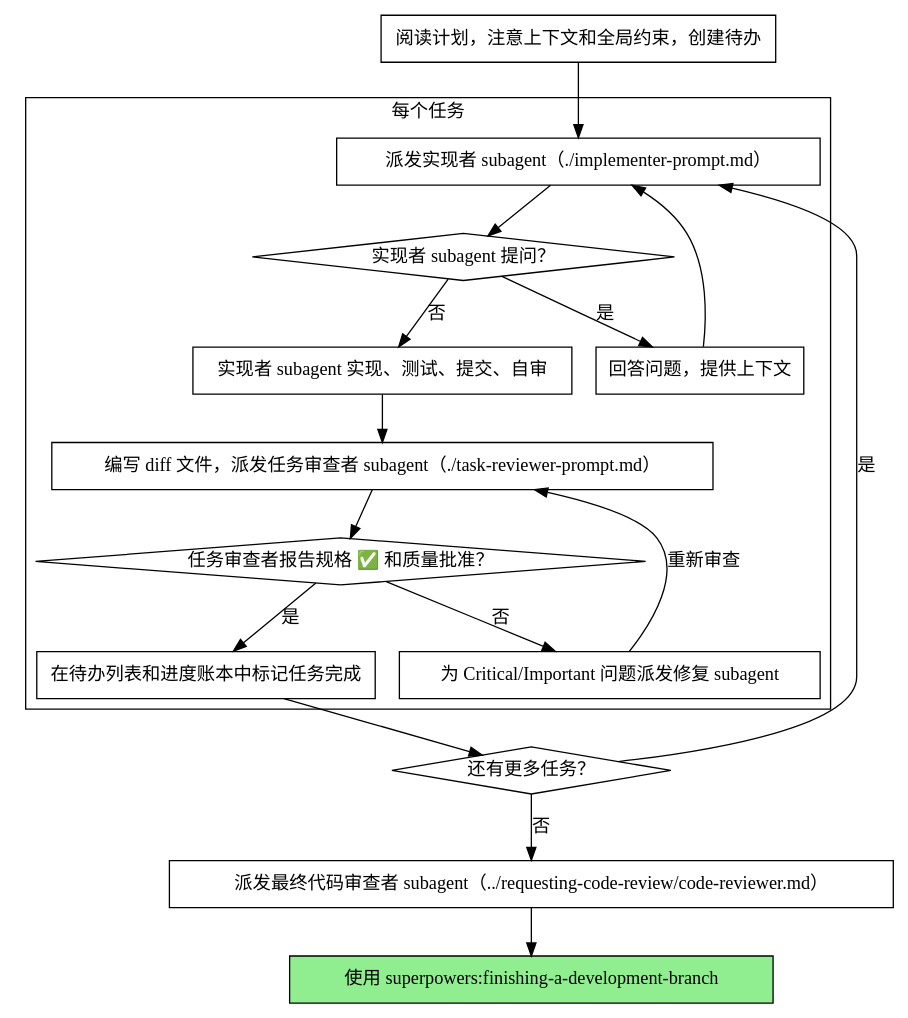
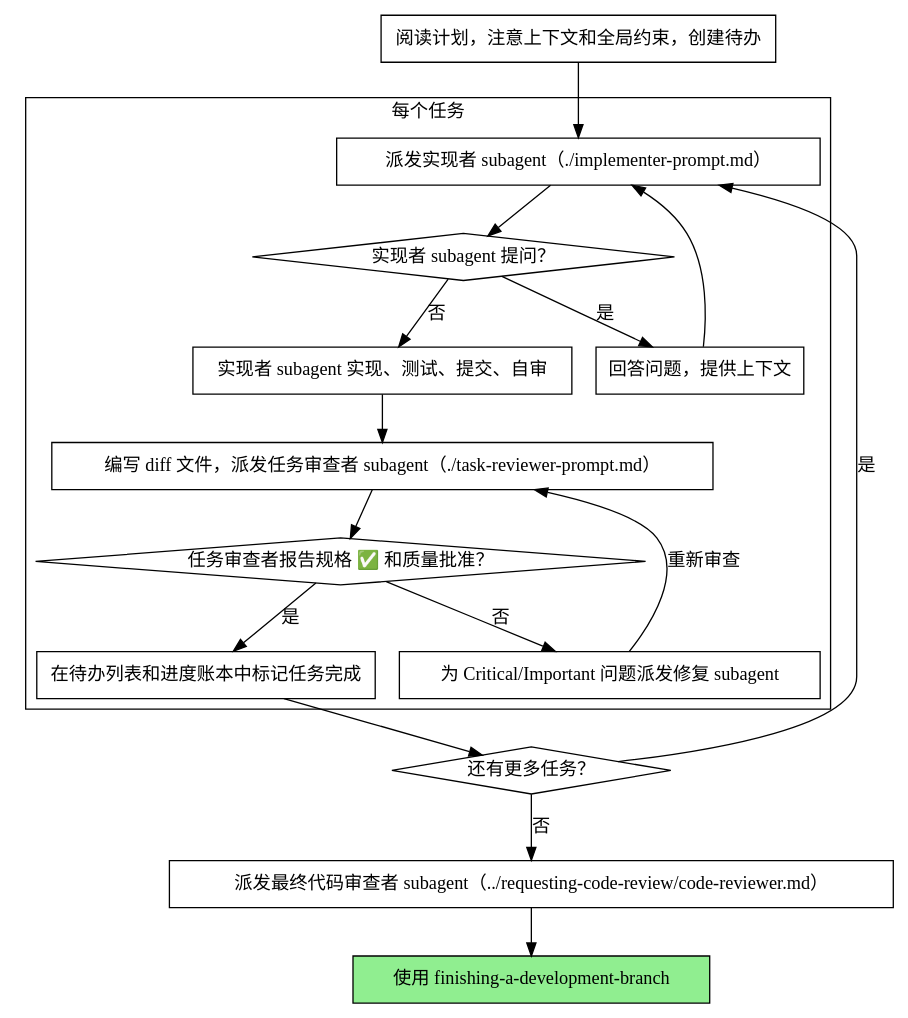
The second of 2 diagrams in subagent-driven-development/SKILL.md (onepiece-oo/skills), drawn with Graphviz before and after one commit. The commit also changed other lines of this file and 10 other files, not shown here.

````diff
--- a/subagent-driven-development/SKILL.md
+++ b/subagent-driven-development/SKILL.md
@@ -46,37 +46,37 @@
 ```dot
 digraph process {
     rankdir=TB;
 
     subgraph cluster_per_task {
         label="每个任务";
         "派发实现者 subagent（./implementer-prompt.md）" [shape=box];
         "实现者 subagent 提问？" [shape=diamond];
         "回答问题，提供上下文" [shape=box];
         "实现者 subagent 实现、测试、提交、自审" [shape=box];
         "编写 diff 文件，派发任务审查者 subagent（./task-reviewer-prompt.md）" [shape=box];
         "任务审查者报告规格 ✅ 和质量批准？" [shape=diamond];
         "为 Critical/Important 问题派发修复 subagent" [shape=box];
         "在待办列表和进度账本中标记任务完成" [shape=box];
     }
 
     "阅读计划，注意上下文和全局约束，创建待办" [shape=box];
     "还有更多任务？" [shape=diamond];
     "派发最终代码审查者 subagent（../requesting-code-review/code-reviewer.md）" [shape=box];
-    "使用 superpowers:finishing-a-development-branch" [shape=box style=filled fillcolor=lightgreen];
+    "使用 finishing-a-development-branch" [shape=box style=filled fillcolor=lightgreen];
 
     "阅读计划，注意上下文和全局约束，创建待办" -> "派发实现者 subagent（./implementer-prompt.md）";
     "派发实现者 subagent（./implementer-prompt.md）" -> "实现者 subagent 提问？";
     "实现者 subagent 提问？" -> "回答问题，提供上下文" [label="是"];
     "回答问题，提供上下文" -> "派发实现者 subagent（./implementer-prompt.md）";
     "实现者 subagent 提问？" -> "实现者 subagent 实现、测试、提交、自审" [label="否"];
     "实现者 subagent 实现、测试、提交、自审" -> "编写 diff 文件，派发任务审查者 subagent（./task-reviewer-prompt.md）";
     "编写 diff 文件，派发任务审查者 subagent（./task-reviewer-prompt.md）" -> "任务审查者报告规格 ✅ 和质量批准？";
     "任务审查者报告规格 ✅ 和质量批准？" -> "为 Critical/Important 问题派发修复 subagent" [label="否"];
     "为 Critical/Important 问题派发修复 subagent" -> "编写 diff 文件，派发任务审查者 subagent（./task-reviewer-prompt.md）" [label="重新审查"];
     "任务审查者报告规格 ✅ 和质量批准？" -> "在待办列表和进度账本中标记任务完成" [label="是"];
     "在待办列表和进度账本中标记任务完成" -> "还有更多任务？";
     "还有更多任务？" -> "派发实现者 subagent（./implementer-prompt.md）" [label="是"];
     "还有更多任务？" -> "派发最终代码审查者 subagent（../requesting-code-review/code-reviewer.md）" [label="否"];
-    "派发最终代码审查者 subagent（../requesting-code-review/code-reviewer.md）" -> "使用 superpowers:finishing-a-development-branch";
+    "派发最终代码审查者 subagent（../requesting-code-review/code-reviewer.md）" -> "使用 finishing-a-development-branch";
 }
 ```
````
